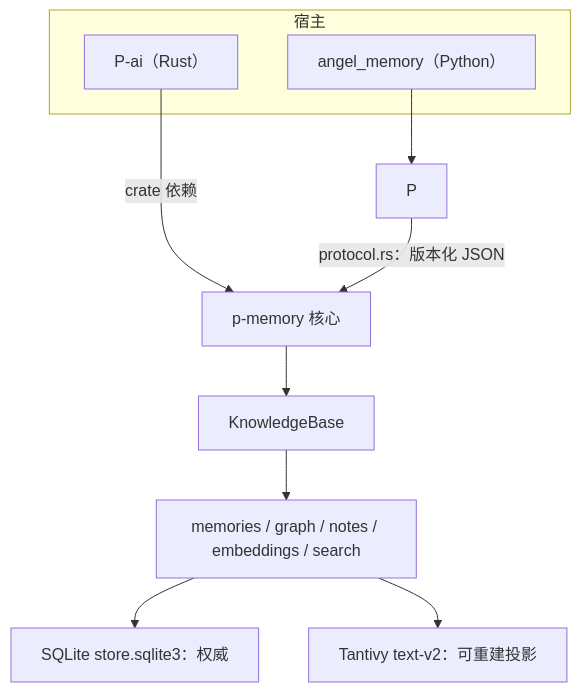
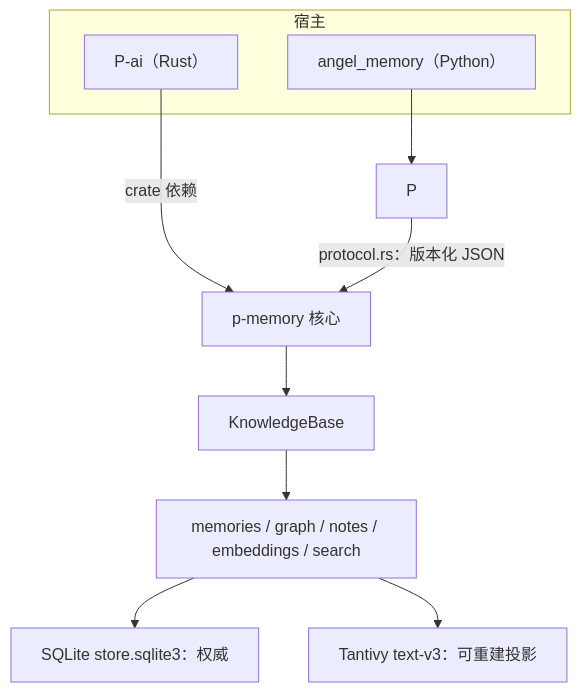
Before and after one commit to kawayiYokami/p-memory: the first of 4 diagrams in docs/architecture.md, drawn with Mermaid. The commit also changed other lines of this file and 18 other files, not shown here.

````diff
--- a/docs/architecture.md
+++ b/docs/architecture.md
@@ -7,14 +7,14 @@
 ```mermaid
 flowchart TD
     subgraph H["宿主"]
         A["P-ai（Rust）"]
         C["angel_memory（Python）"]
     end
     A -->|"crate 依赖"| K["p-memory 核心"]
     C --> P
     P -->|"protocol.rs：版本化 JSON"| K
     K --> API["KnowledgeBase"]
     API --> D["memories / graph / notes / embeddings / search"]
     D --> ST["SQLite store.sqlite3：权威"]
-    D --> IX["Tantivy text-v2：可重建投影"]
+    D --> IX["Tantivy text-v3：可重建投影"]
 ```
````
